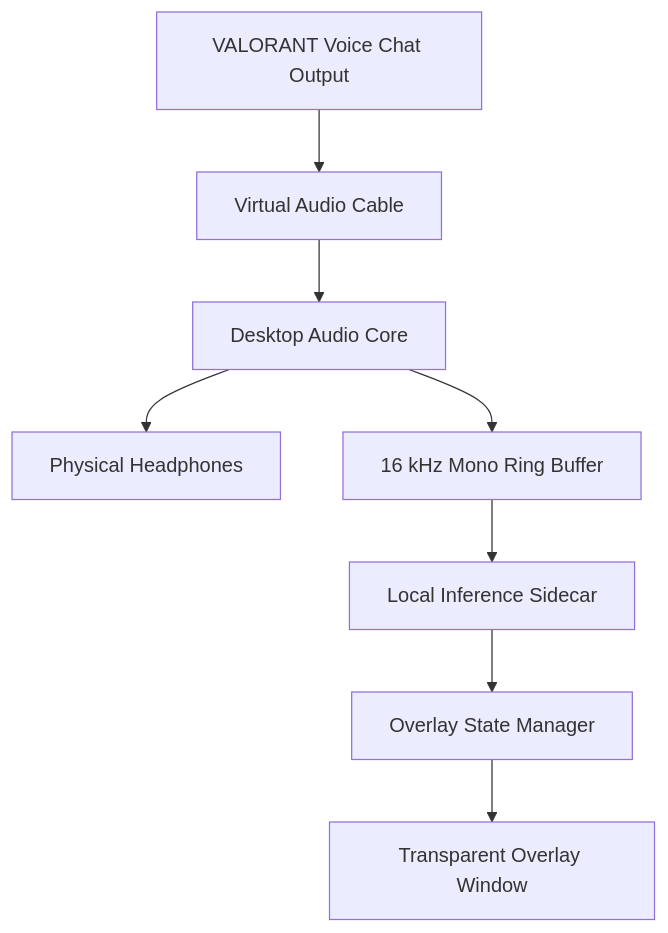
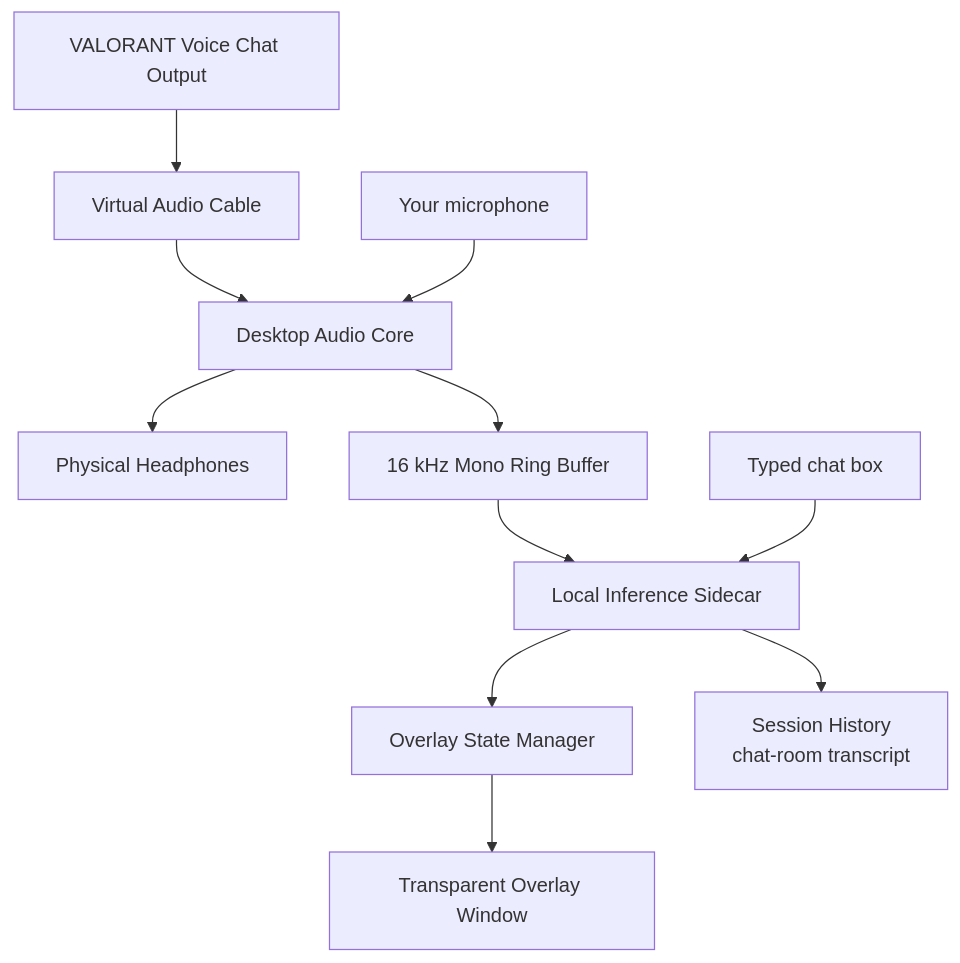
One commit to jxstme22/ztrsl changed the diagram in docs/02_SYSTEM_ARCHITECTURE.md. Above: the diagram before and after it, drawn with Mermaid. The commit also changed other lines of this file and 16 other files, not shown here.

First line of the commit message:
docs: sync main to v0.9.2 state — yTRSL branding, chat-room history, you-voice + typed chat

````diff
--- a/docs/02_SYSTEM_ARCHITECTURE.md
+++ b/docs/02_SYSTEM_ARCHITECTURE.md
@@ -7,10 +7,13 @@
 ```mermaid
 flowchart TB
   V[VALORANT Voice Chat Output] --> C[Virtual Audio Cable]
   C --> A[Desktop Audio Core]
   A --> H[Physical Headphones]
   A --> R[16 kHz Mono Ring Buffer]
   R --> I[Local Inference Sidecar]
   I --> O[Overlay State Manager]
   O --> W[Transparent Overlay Window]
+  I --> HS[Session History<br/>chat-room transcript]
+  M[Your microphone] --> A
+  T[Typed chat box] --> I
 ```
````
